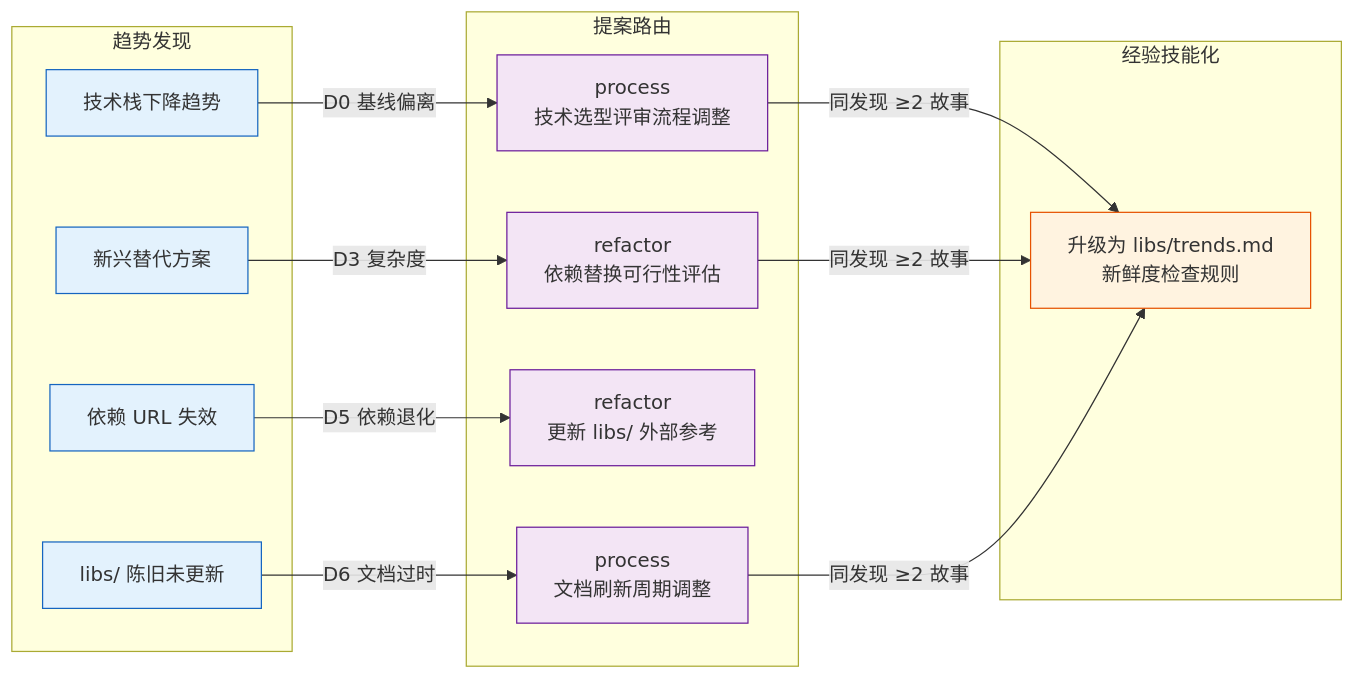
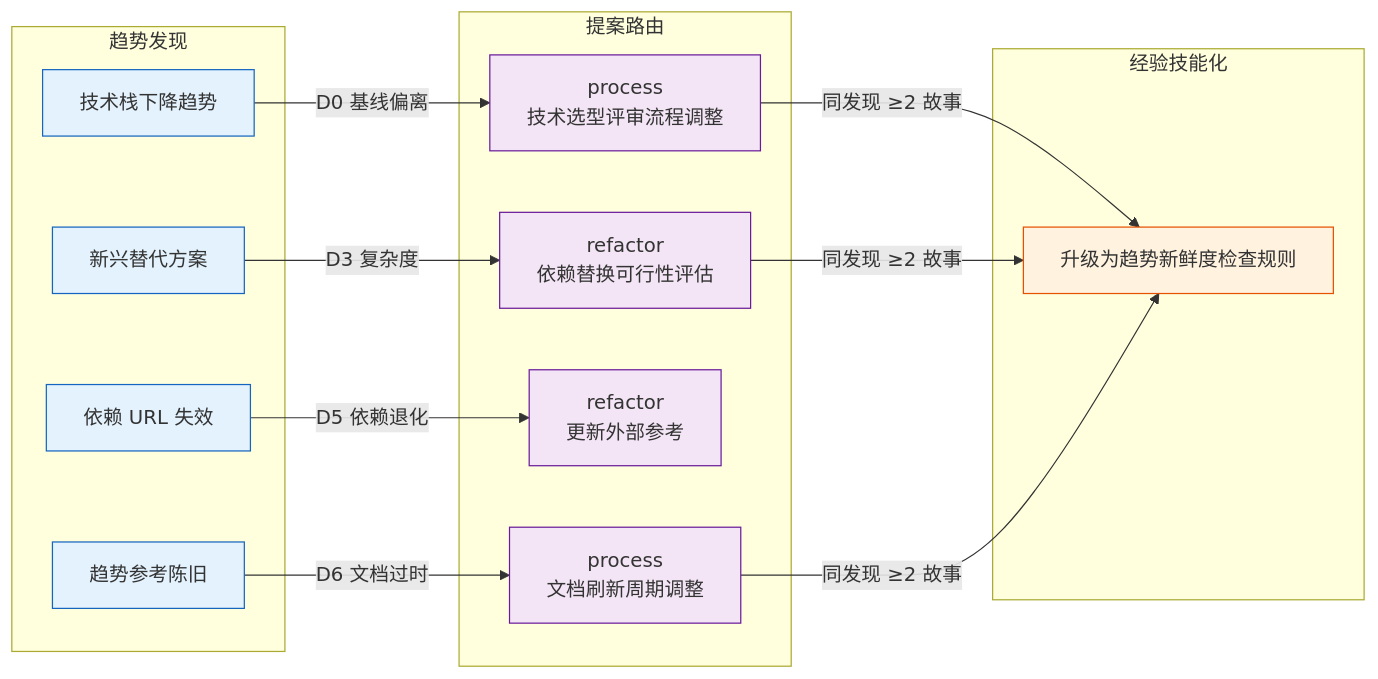
The third of 4 diagrams in skills/rui-trends/SKILL.md (effiy/YrY), drawn with Mermaid before and after one commit. The commit also changed other lines of this file and 50 other files, not shown here.

````diff
--- a/skills/rui-trends/SKILL.md
+++ b/skills/rui-trends/SKILL.md
@@ -176,24 +178,24 @@
 ```mermaid
 flowchart LR
     subgraph 发现["趋势发现"]
         F1["技术栈下降趋势"]:::find
         F2["新兴替代方案"]:::find
         F3["依赖 URL 失效"]:::find
-        F4["libs/ 陈旧未更新"]:::find
+        F4["趋势参考陈旧"]:::find
     end
 
     subgraph 路由["提案路由"]
         F1 -->|"D0 基线偏离"| PRC["process<br/>技术选型评审流程调整"]:::prop
         F2 -->|"D3 复杂度"| REF["refactor<br/>依赖替换可行性评估"]:::prop
-        F3 -->|"D5 依赖退化"| REF2["refactor<br/>更新 libs/ 外部参考"]:::prop
+        F3 -->|"D5 依赖退化"| REF2["refactor<br/>更新外部参考"]:::prop
         F4 -->|"D6 文档过时"| PRC2["process<br/>文档刷新周期调整"]:::prop
     end
 
     subgraph 升级["经验技能化"]
-        PRC & REF & PRC2 -->|"同发现 ≥2 故事"| UP["升级为 libs/trends.md<br/>新鲜度检查规则"]:::up
+        PRC & REF & PRC2 -->|"同发现 ≥2 故事"| UP["升级为趋势新鲜度检查规则"]:::up
     end
 
     classDef find fill:#e3f2fd,stroke:#1565c0;
     classDef prop fill:#f3e5f5,stroke:#6a1b9a;
     classDef up fill:#fff3e0,stroke:#e65100;
 ```
````
